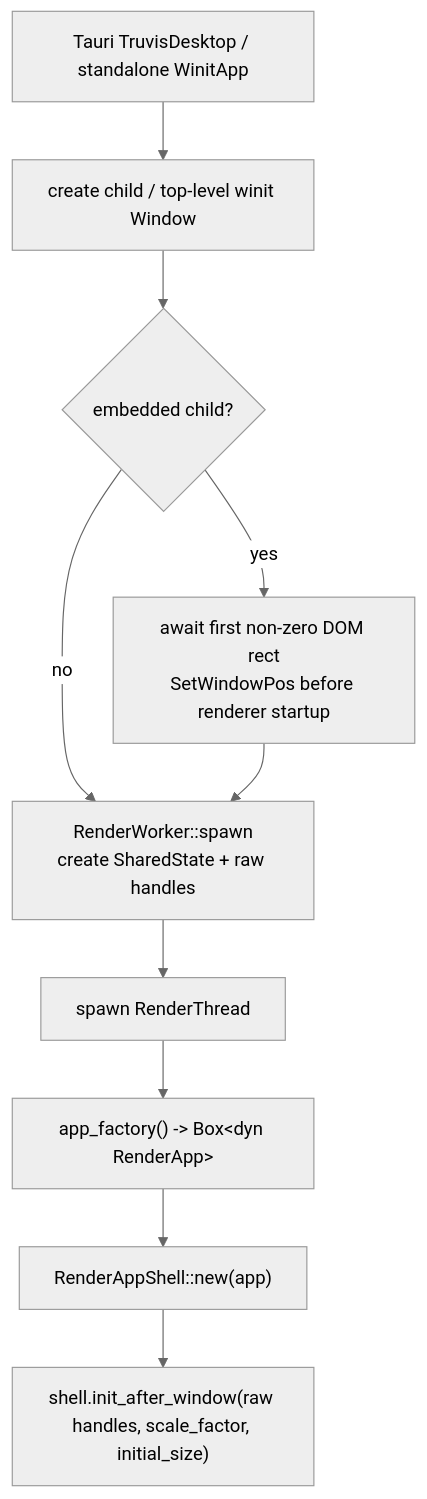
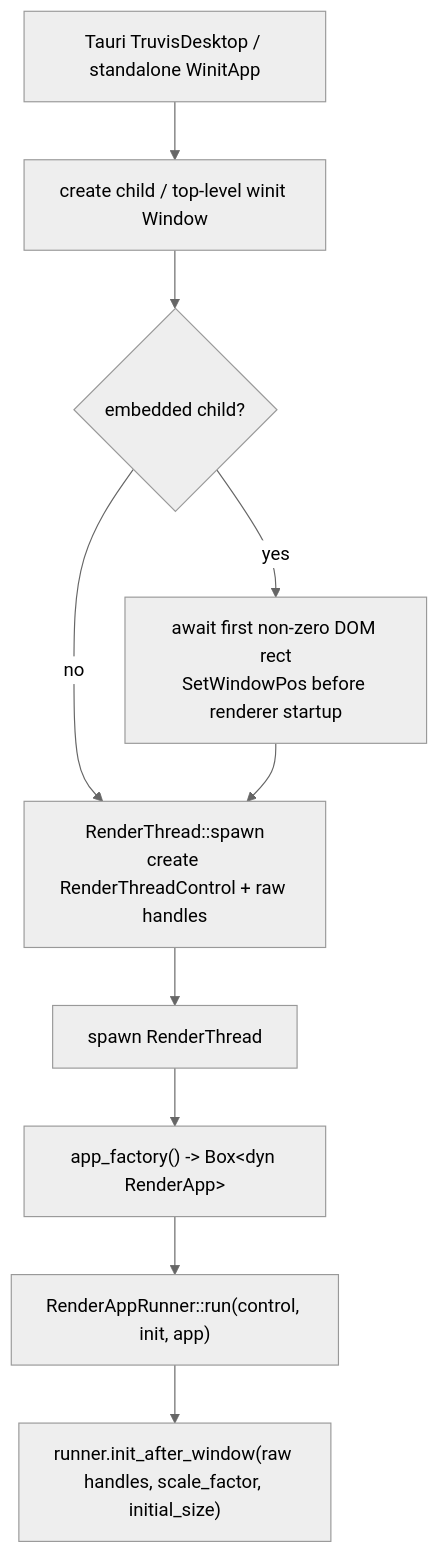
Before and after one commit to acccoco/TruvisRenderer: the second of 5 diagrams in docs/summaries/frame-lifecycle.md, drawn with Mermaid (neutral theme). The commit also changed other lines of this file and 35 other files, not shown here.

````diff
--- a/docs/summaries/frame-lifecycle.md
+++ b/docs/summaries/frame-lifecycle.md
@@ -50,12 +50,12 @@
 ```mermaid
 flowchart TD
     Entry["Tauri TruvisDesktop / standalone WinitApp"] --> CreateWindow["create child / top-level winit Window"]
     CreateWindow --> InitialSize{"embedded child?"}
     InitialSize -->|"yes"| AwaitDom["await first non-zero DOM rect<br/>SetWindowPos before renderer startup"]
-    InitialSize -->|"no"| Worker["RenderWorker::spawn<br/>create SharedState + raw handles"]
-    AwaitDom --> Worker
-    Worker --> SpawnThread["spawn RenderThread"]
+    InitialSize -->|"no"| ThreadOwner["RenderThread::spawn<br/>create RenderThreadControl + raw handles"]
+    AwaitDom --> ThreadOwner
+    ThreadOwner --> SpawnThread["spawn RenderThread"]
     SpawnThread --> AppFactory["app_factory() -> Box&lt;dyn RenderApp&gt;"]
-    AppFactory --> ShellFactory["RenderAppShell::new(app)"]
-    ShellFactory --> InitAfterWindow["shell.init_after_window(raw handles, scale_factor, initial_size)"]
+    AppFactory --> Runner["RenderAppRunner::run(control, init, app)"]
+    Runner --> InitAfterWindow["runner.init_after_window(raw handles, scale_factor, initial_size)"]
 ```
````
